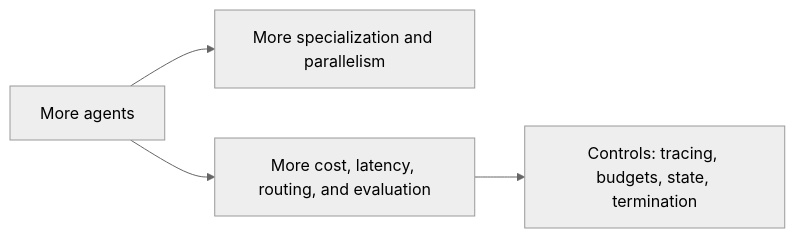
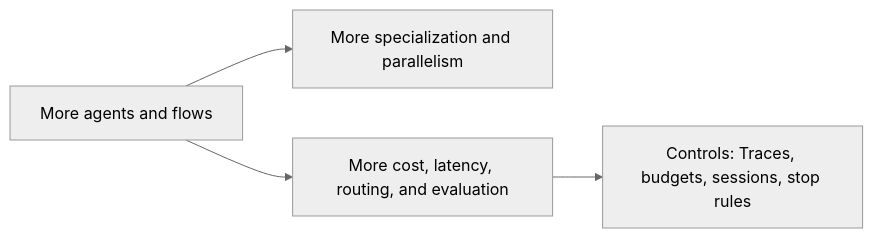
Before and after one commit to naren-allam/agents-beginners: the ninth of 12 diagrams in book/chapters/chapter-03-multi-agent-systems-and-collaboration.md, drawn with Mermaid (neutral theme). The commit also changed other lines of this file and 28 other files, not shown here.

````diff
--- a/book/chapters/chapter-03-multi-agent-systems-and-collaboration.md
+++ b/book/chapters/chapter-03-multi-agent-systems-and-collaboration.md
@@ -298,11 +312,11 @@
 ```mermaid
 flowchart LR
-    MoreAgents["More agents"]
+    MoreAgents["More agents and flows"]
     MoreCapability["More specialization and parallelism"]
     MoreOverhead["More cost, latency, routing, and evaluation"]
-    Controls["Controls: tracing, budgets, state, termination"]
+    Controls["Controls: Traces, budgets, sessions, stop rules"]
 
     MoreAgents --> MoreCapability
     MoreAgents --> MoreOverhead
     MoreOverhead --> Controls
 ```
````
